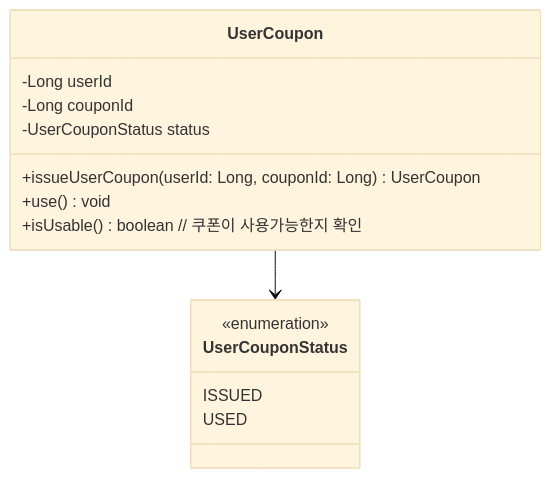
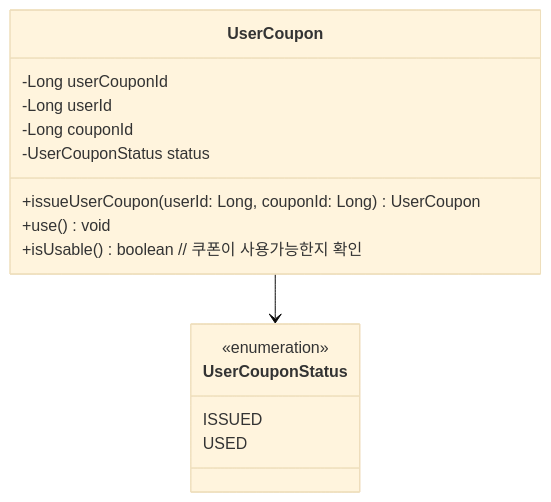
One commit to lostcatbox/e-commerce-order-service changed the sixth of 6 diagrams in docs/ClassDiagrams.md. Above: the diagram before and after it, drawn with Mermaid (base theme). The commit also changed other lines of this file and 1 other file, not shown here.

Commit message:
[docs] UserCoupon에 pk Id추가, OrderItem에 pk Id추가

````diff
--- a/docs/ClassDiagrams.md
+++ b/docs/ClassDiagrams.md
@@ -118,20 +120,21 @@
 ```mermaid
 classDiagram
     class UserCoupon {
+        -Long userCouponId
         -Long userId
         -Long couponId
         -UserCouponStatus status
         +issueUserCoupon(userId: Long, couponId: Long) UserCoupon
         +use() void
         +isUsable() boolean // 쿠폰이 사용가능한지 확인
     }
 
     class UserCouponStatus {
         <<enumeration>>
         ISSUED
         USED
     }
 
     UserCoupon --> UserCouponStatus
 
 ```
````
